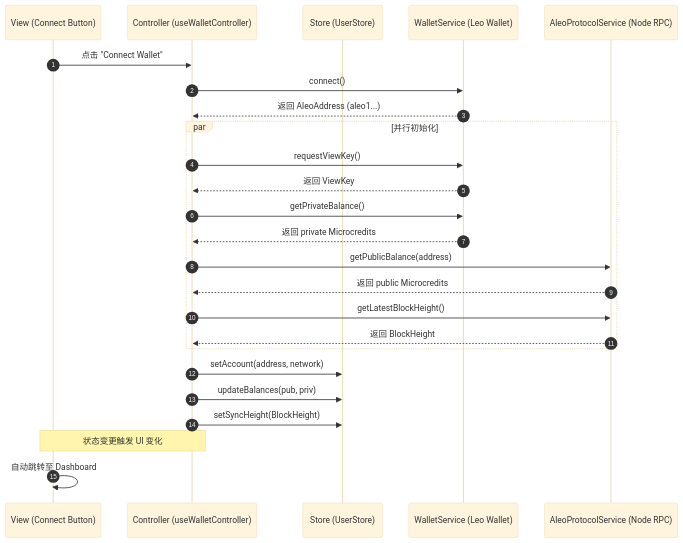
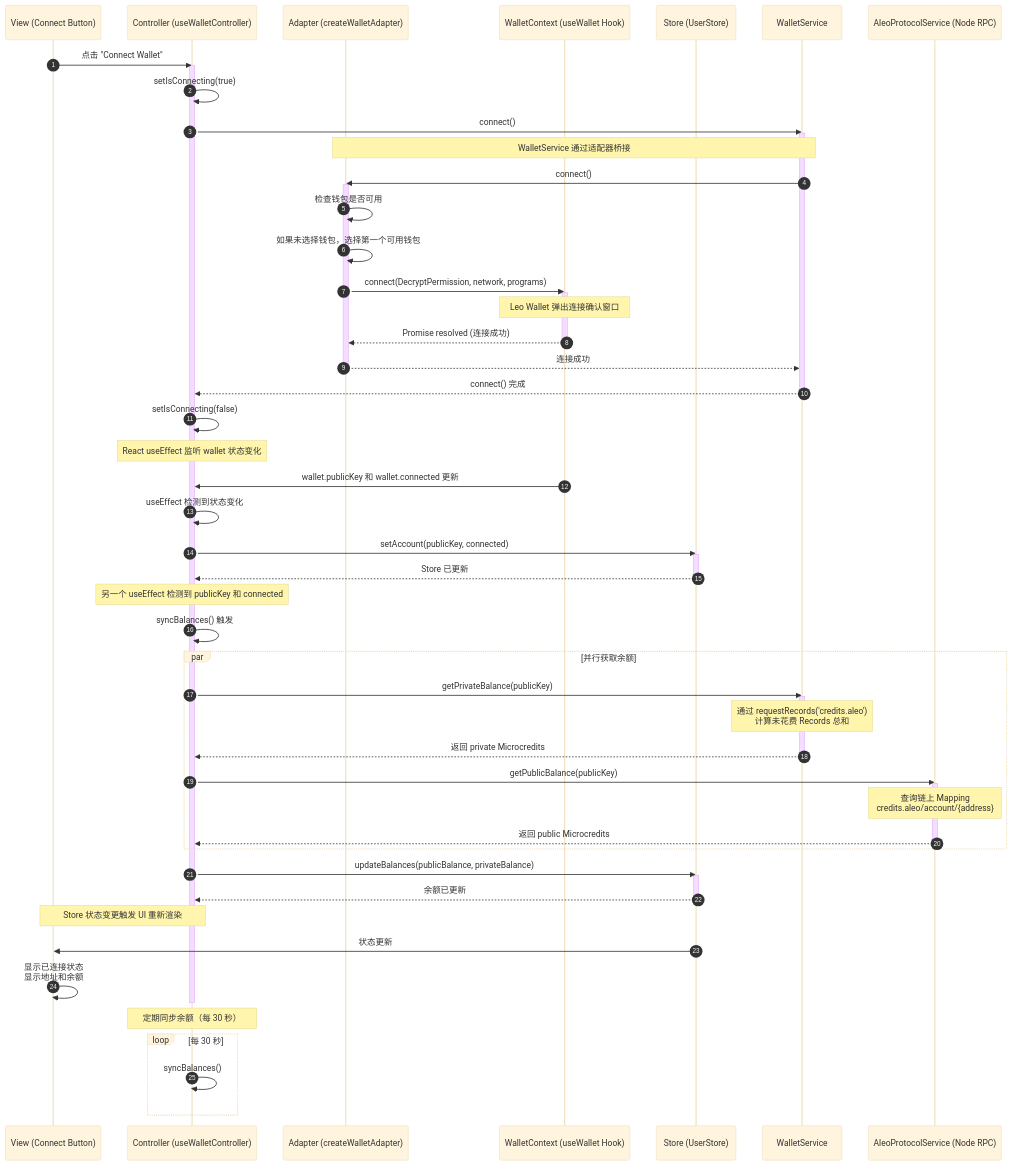
One commit to WHXisWH/alpaca-invoice changed the third of 8 diagrams in docs/ARCHITECTURE_NEW.md. Above: the diagram before and after it, drawn with Mermaid (base theme).

Commit message:
docs: update the sequence diagrams for connect wallet

````diff
--- a/docs/ARCHITECTURE_NEW.md
+++ b/docs/ARCHITECTURE_NEW.md
@@ -236,29 +236,72 @@
 ```mermaid
 sequenceDiagram
     autonumber
     participant V as View (Connect Button)
     participant C as Controller (useWalletController)
+    participant A as Adapter (createWalletAdapter)
+    participant WC as WalletContext (useWallet Hook)
     participant S as Store (UserStore)
-    participant WS as WalletService (Leo Wallet)
+    participant WS as WalletService
     participant PS as AleoProtocolService (Node RPC)
+    
     V->>C: 点击 "Connect Wallet"
+    activate C
+    C->>C: setIsConnecting(true)
     C->>WS: connect()
-    WS-->>C: 返回 AleoAddress (aleo1...)
+    activate WS
     
-    par 并行初始化
-        C->>WS: requestViewKey()
-        WS-->>C: 返回 ViewKey
-        C->>WS: getPrivateBalance()
+    Note over WS,A: WalletService 通过适配器桥接
+    WS->>A: connect()
+    activate A
+    A->>A: 检查钱包是否可用
+    A->>A: 如果未选择钱包，选择第一个可用钱包
+    A->>WC: connect(DecryptPermission, network, programs)
+    activate WC
+    Note over WC: Leo Wallet 弹出连接确认窗口
+    WC-->>A: Promise resolved (连接成功)
+    deactivate WC
+    A-->>WS: 连接成功
+    deactivate A
+    WS-->>C: connect() 完成
+    deactivate WS
+    C->>C: setIsConnecting(false)
+    
+    Note over C: React useEffect 监听 wallet 状态变化
+    WC->>C: wallet.publicKey 和 wallet.connected 更新
+    C->>C: useEffect 检测到状态变化
+    C->>S: setAccount(publicKey, connected)
+    activate S
+    S-->>C: Store 已更新
+    deactivate S
+    
+    Note over C: 另一个 useEffect 检测到 publicKey 和 connected
+    C->>C: syncBalances() 触发
+    
+    par 并行获取余额
+        C->>WS: getPrivateBalance(publicKey)
+        activate WS
+        Note over WS: 通过 requestRecords('credits.aleo')<br/>计算未花费 Records 总和
         WS-->>C: 返回 private Microcredits
-        C->>PS: getPublicBalance(address)
+        deactivate WS
+        C->>PS: getPublicBalance(publicKey)
+        activate PS
+        Note over PS: 查询链上 Mapping<br/>credits.aleo/account/{address}
         PS-->>C: 返回 public Microcredits
-        C->>PS: getLatestBlockHeight()
-        PS-->>C: 返回 BlockHeight
+        deactivate PS
     end
-    C->>S: setAccount(address, network)
-    C->>S: updateBalances(pub, priv)
-    C->>S: setSyncHeight(BlockHeight)
     
-    Note over C,V: 状态变更触发 UI 变化
-    V->>V: 自动跳转至 Dashboard
+    C->>S: updateBalances(publicBalance, privateBalance)
+    activate S
+    S-->>C: 余额已更新
+    deactivate S
+    
+    Note over C,V: Store 状态变更触发 UI 重新渲染
+    S->>V: 状态更新
+    V->>V: 显示已连接状态<br/>显示地址和余额
+    deactivate C
+    
+    Note over C: 定期同步余额（每 30 秒）
+    loop 每 30 秒
+        C->>C: syncBalances()
+    end
 ```
````
